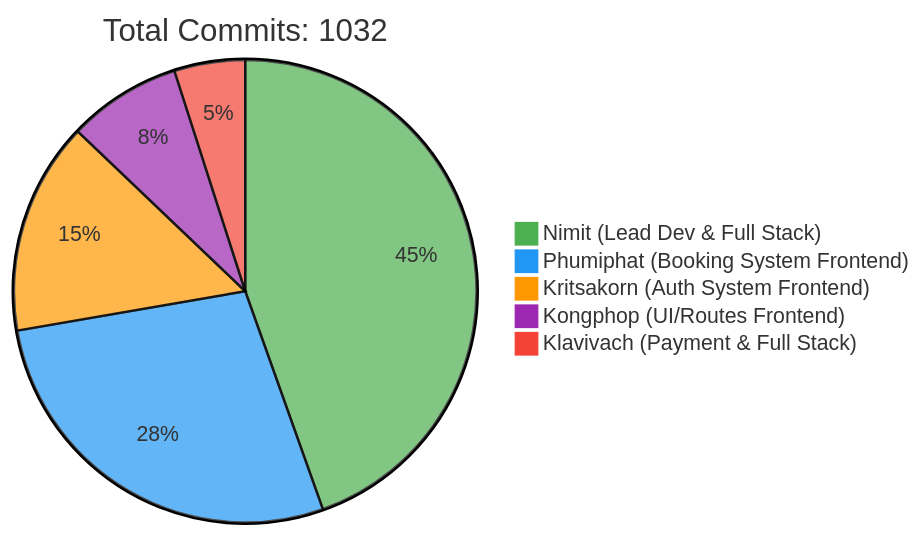
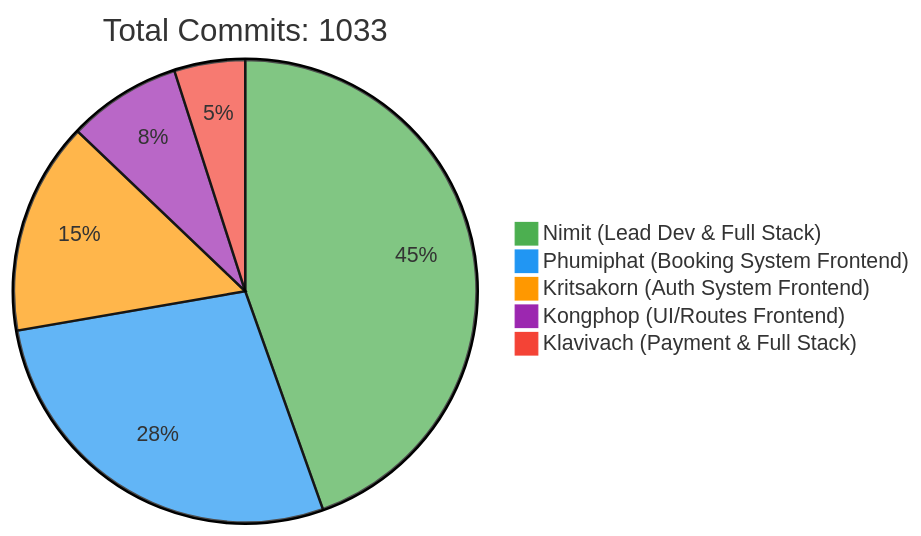
Before and after one commit to 6531503042/Sport-Complex: the first of 2 diagrams in README.md, drawn with Mermaid. The commit also changed other lines of this file, not shown here.

Commit message:
docs: Update contributor statistics [skip ci]

````diff
--- a/README.md
+++ b/README.md
@@ -240,10 +240,10 @@
 ```mermaid
 %%{init: {'theme': 'base', 'themeVariables': { 'pie1': '#4CAF50', 'pie2': '#2196F3', 'pie3': '#FF9800', 'pie4': '#9C27B0', 'pie5': '#F44336'}}}%%
 pie
-    title Total Commits: 1032
+    title Total Commits: 1033
     "Nimit (Lead Dev & Full Stack)" : 450
     "Phumiphat (Booking System Frontend)" : 280
     "Kritsakorn (Auth System Frontend)" : 150
     "Kongphop (UI/Routes Frontend)" : 80
     "Klavivach (Payment & Full Stack)" : 50
 ```
````
